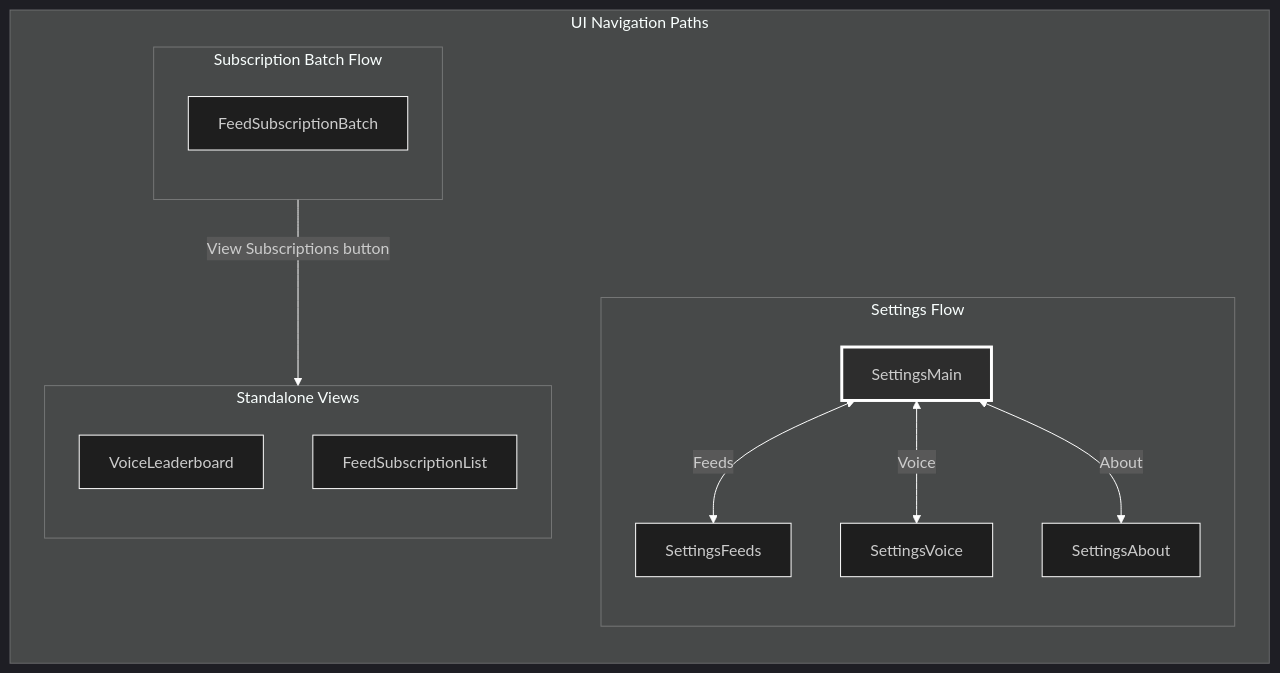
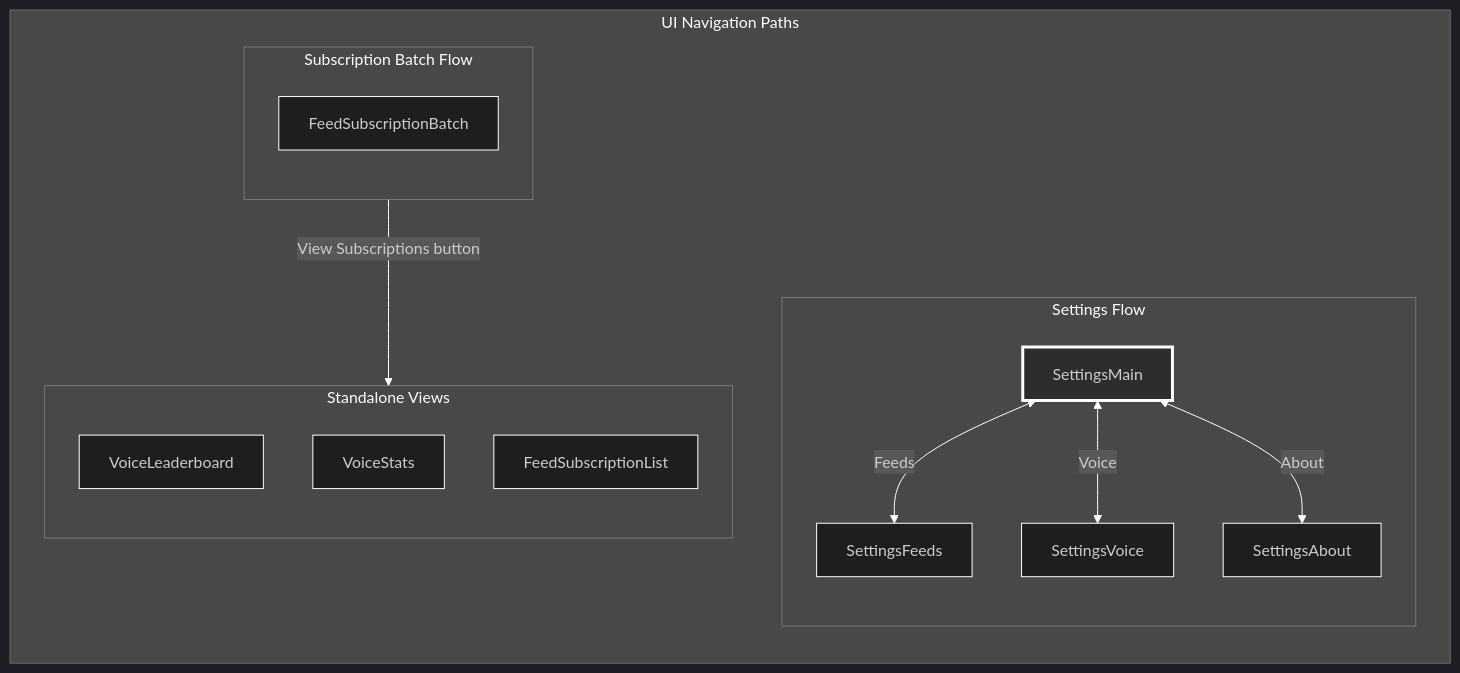
The diagram in docs/diagrams/architecture-view-flow.mmd (FAZuH/pwr-bot), drawn with Mermaid before and after one commit. The commit also changed 8 other files, not shown here.

```diff
--- a/docs/diagrams/architecture-view-flow.mmd
+++ b/docs/diagrams/architecture-view-flow.mmd
@@ -1,50 +1,52 @@
 %%{init: {
   'theme': 'dark',
   'themeVariables': {
     'primaryColor': '#1e1e1e',
     'primaryTextColor': '#ffffff',
     'primaryBorderColor': '#ffffff',
     'lineColor': '#ffffff',
     'secondaryColor': '#2d2d2d',
     'tertiaryColor': '#1e1e1e',
     'noteBkgColor': '#2d2d2d',
     'noteTextColor': '#ffffff',
     'noteBorderColor': '#ffffff'
   }
 }}%%
 graph TB
     subgraph UIPaths["UI Navigation Paths"]
         direction TB
         
         subgraph MainFlow["Settings Flow"]
             direction TB
             Main["SettingsMain"]
             Feeds["SettingsFeeds"]
             Voice["SettingsVoice"]
             About["SettingsAbout"]
             
             Main <-->|Feeds| Feeds
             Main <-->|Voice| Voice
             Main <-->|About| About
         end
         
         subgraph Standalone["Standalone Views"]
             direction TB
             Leaderboard["VoiceLeaderboard"]
+            VoiceStats["VoiceStats"]
             SubList["FeedSubscriptionList"]
         end
         
         subgraph BatchFlow["Subscription Batch Flow"]
             direction TB
             Batch["FeedSubscriptionBatch"]
             Batch -->|View Subscriptions button| SubList
         end
     end
     
     style Main fill:#2d2d2d,stroke:#ffffff,stroke-width:3px
     style Feeds fill:#1e1e1e,stroke:#ffffff
     style Voice fill:#1e1e1e,stroke:#ffffff
     style About fill:#1e1e1e,stroke:#ffffff
     style Leaderboard fill:#1e1e1e,stroke:#ffffff
     style SubList fill:#1e1e1e,stroke:#ffffff
+    style VoiceStats fill:#1e1e1e,stroke:#ffffff
     style Batch fill:#1e1e1e,stroke:#ffffff
```
